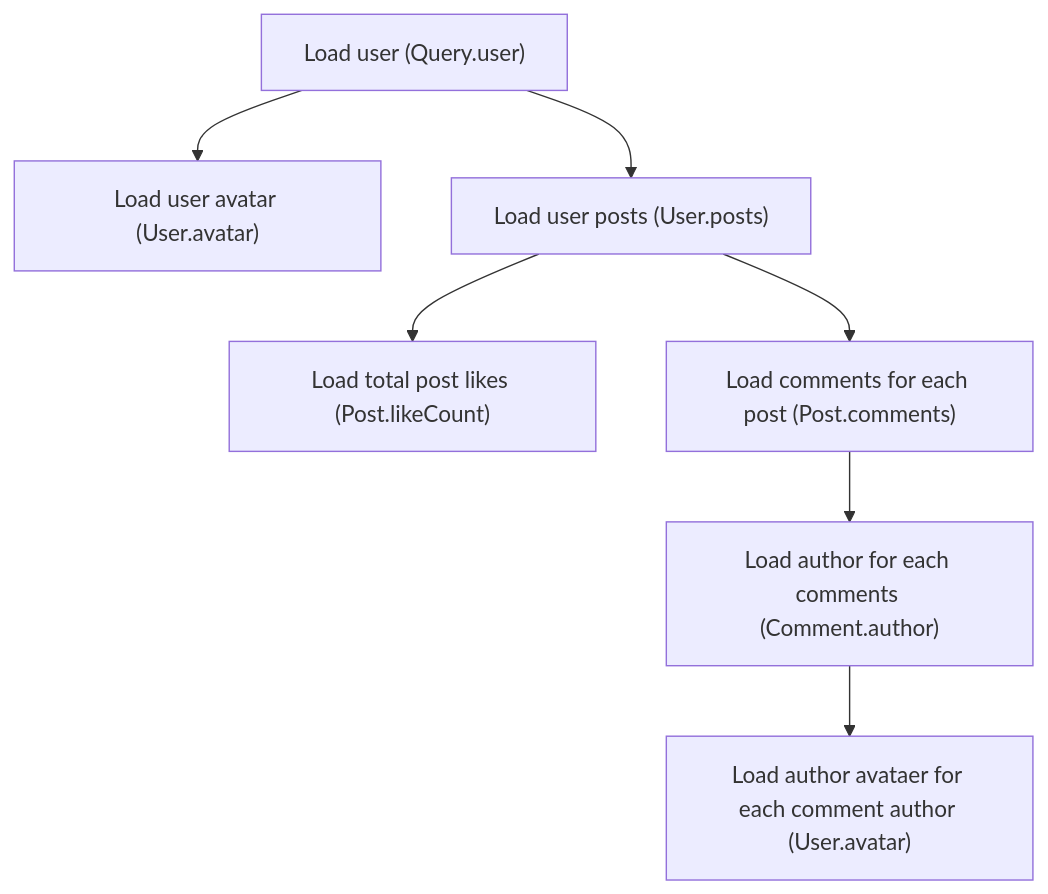
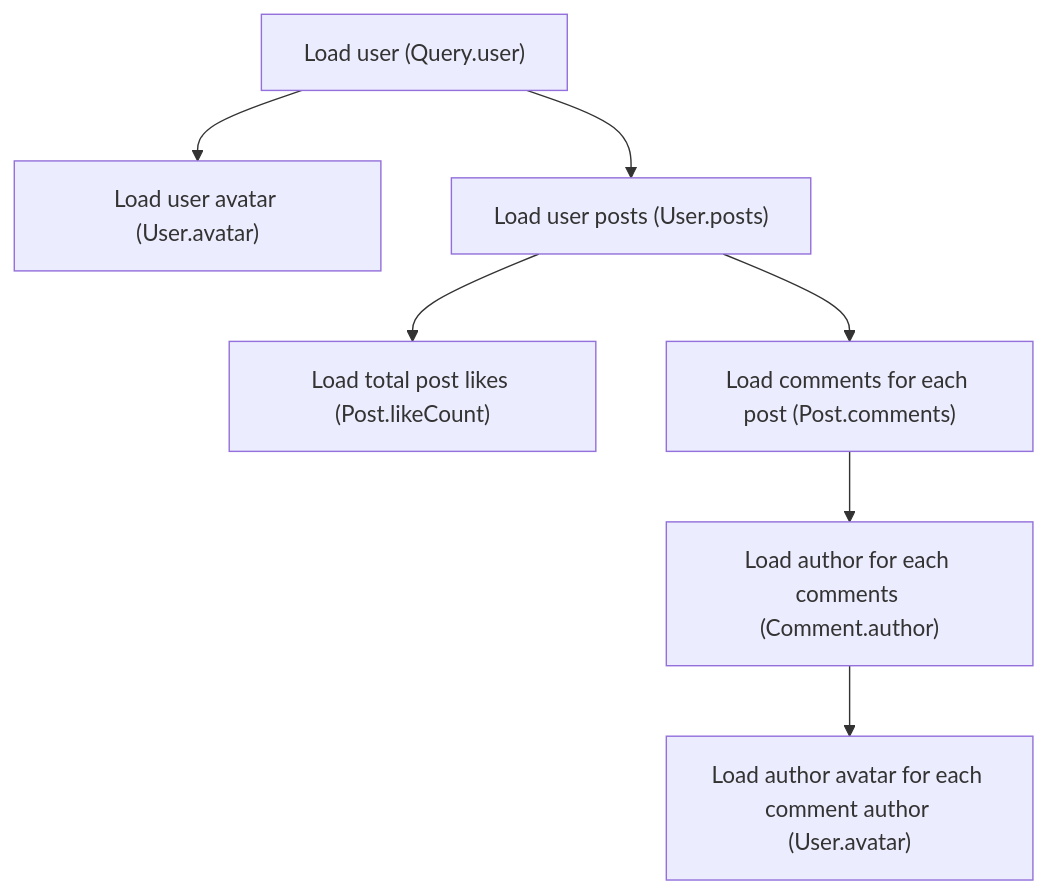
Before and after one commit to graphql-hive/console: the first of 2 diagrams in packages/web/docs/src/app/blog/(posts)/graphql-request-cancellation/page.mdx, drawn with Mermaid. The commit also changed other lines of this file, not shown here.

````diff
--- a/packages/web/docs/src/app/blog/(posts)/graphql-request-cancellation/page.mdx
+++ b/packages/web/docs/src/app/blog/(posts)/graphql-request-cancellation/page.mdx
@@ -171,17 +171,17 @@
 ```mermaid
 flowchart
   id1["Load user (Query.user)"]
   id21["Load user avatar (User.avatar)"]
   id22["Load user posts (User.posts)"]
   id31["Load total post likes (Post.likeCount)"]
   id32["Load comments for each post (Post.comments)"]
   id4["Load author for each comments (Comment.author)"]
-  id5["Load author avataer for each comment author (User.avatar)"]
+  id5["Load author avatar for each comment author (User.avatar)"]
 
   id1 --> id21
   id1 --> id22
   id22 --> id31
   id22 --> id32
   id32 --> id4
   id4 --> id5
 ```
````
